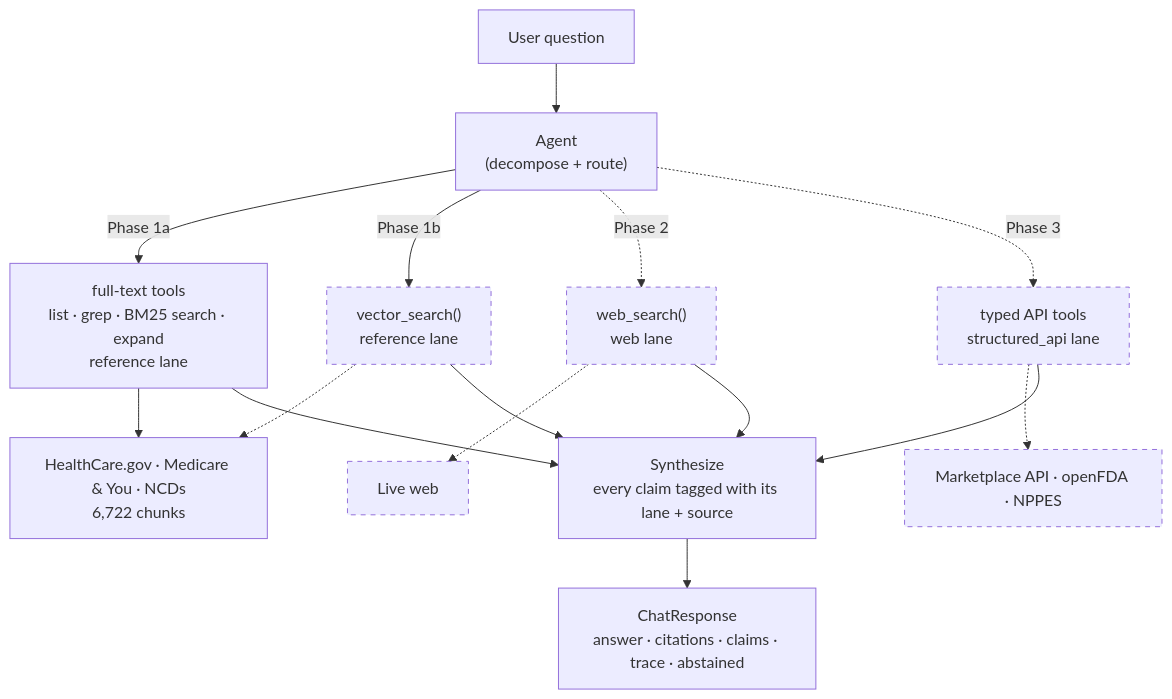
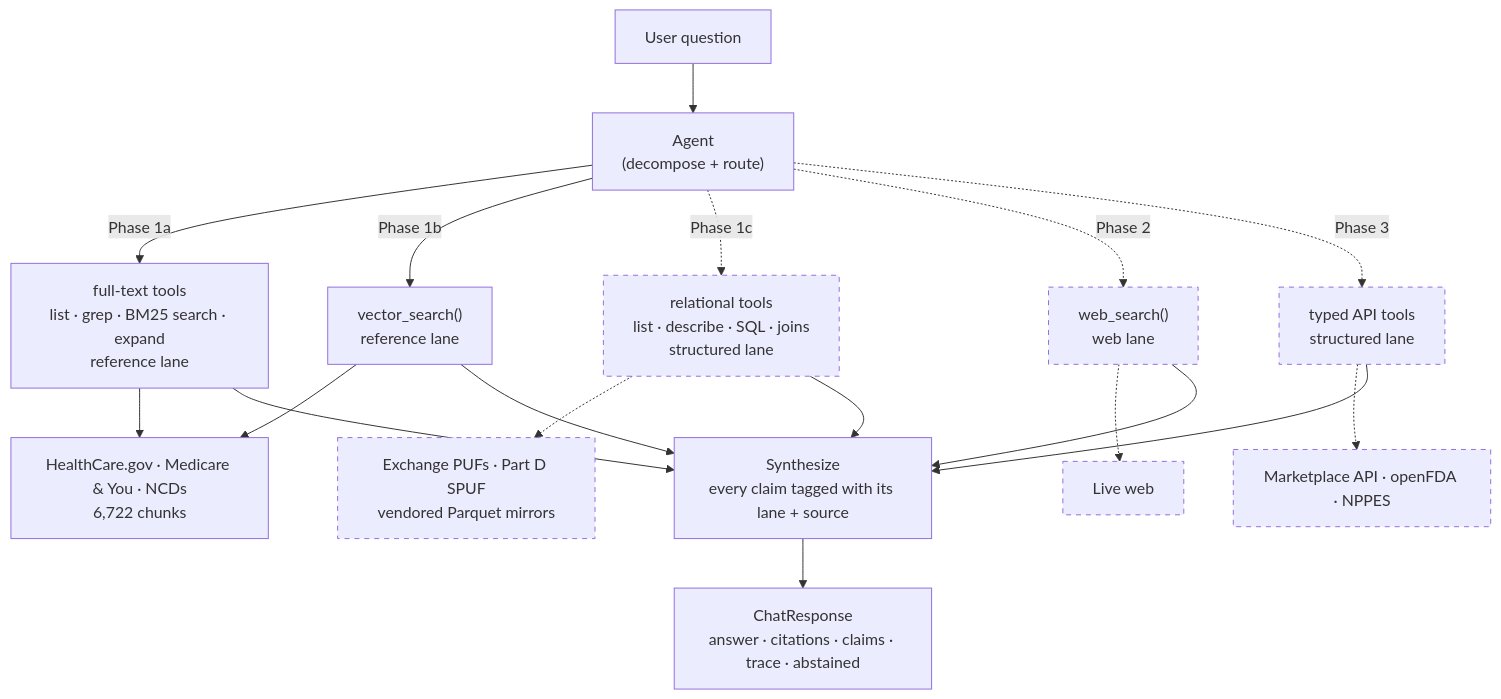
Before and after one commit to ohandyya/health-coverage-navigator: the first of 3 diagrams in README.md, drawn with Mermaid. The commit also changed other lines of this file and 2 other files, not shown here.

````diff
--- a/README.md
+++ b/README.md
@@ -135,26 +138,30 @@
 ```mermaid
 flowchart TD
     Q["User question"] --> AG["Agent<br/>(decompose + route)"]
 
     AG -->|Phase 1a| R["full-text tools<br/>list · grep · BM25 search · expand<br/>reference lane"]
     AG -->|Phase 1b| V["vector_search()<br/>reference lane"]
+    AG -.->|Phase 1c| D["relational tools<br/>list · describe · SQL · joins<br/>structured lane"]
     AG -.->|Phase 2| W["web_search()<br/>web lane"]
-    AG -.->|Phase 3| S["typed API tools<br/>structured_api lane"]
+    AG -.->|Phase 3| S["typed API tools<br/>structured lane"]
 
     R --> C1["HealthCare.gov · Medicare &amp; You · NCDs<br/>6,722 chunks"]
-    V -.-> C1
+    V --> C1
+    D -.-> C4["Exchange PUFs · Part D SPUF<br/>vendored Parquet mirrors"]
     W -.-> C2["Live web"]
     S -.-> C3["Marketplace API · openFDA · NPPES"]
 
     R --> SY["Synthesize<br/>every claim tagged with its lane + source"]
     V --> SY
+    D --> SY
     W --> SY
     S --> SY
     SY --> RESP["ChatResponse<br/>answer · citations · claims · trace · abstained"]
 
-    style V stroke-dasharray: 5 5
+    style D stroke-dasharray: 5 5
     style W stroke-dasharray: 5 5
     style S stroke-dasharray: 5 5
     style C2 stroke-dasharray: 5 5
     style C3 stroke-dasharray: 5 5
+    style C4 stroke-dasharray: 5 5
 ```
````
